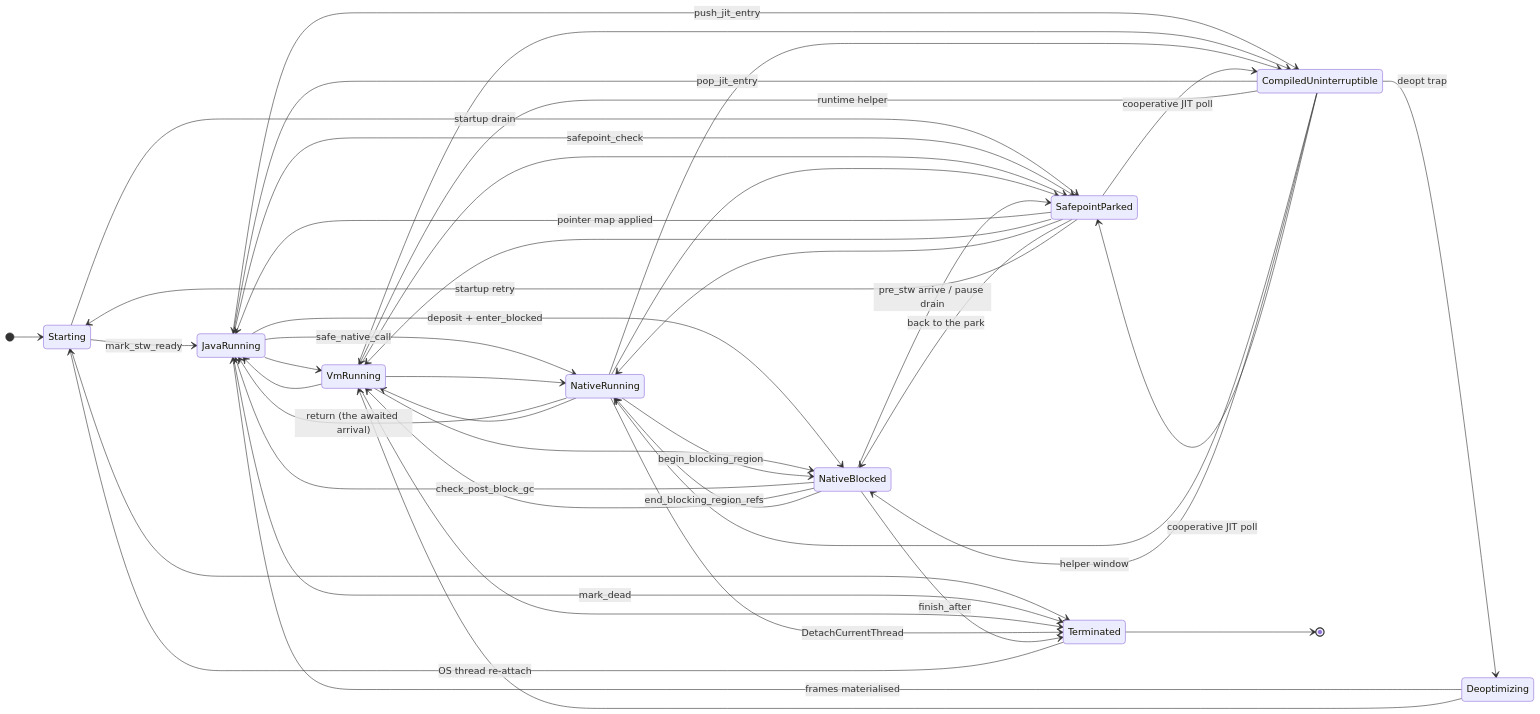
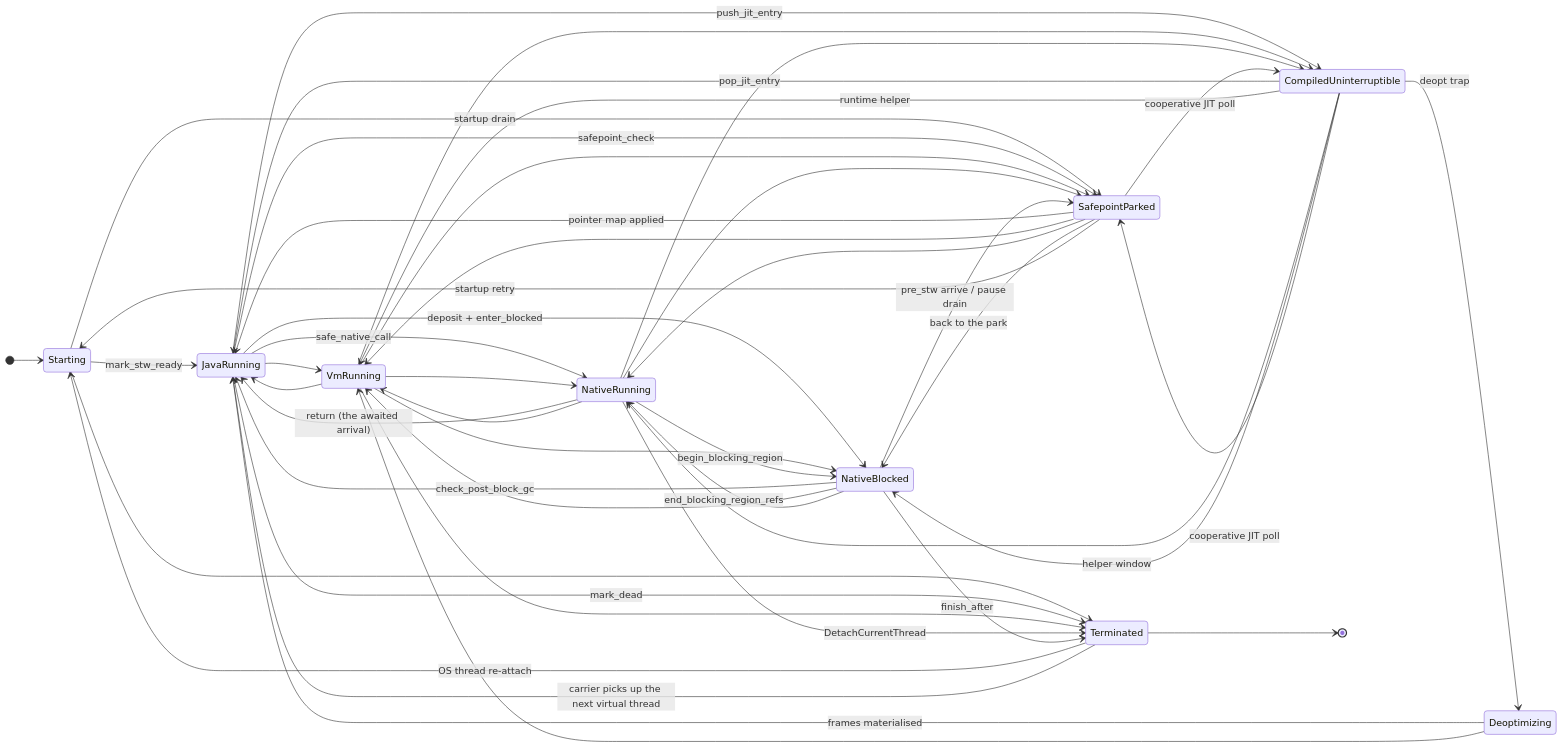
One commit to craton-co/CratonVM changed the diagram in docs/threading/thread-transition-states.md. Above: the diagram before and after it, drawn with Mermaid. The commit also changed other lines of this file and 13 other files, not shown here.

````diff
--- a/docs/threading/thread-transition-states.md
+++ b/docs/threading/thread-transition-states.md
@@ -87,56 +87,57 @@
 ```mermaid
 stateDiagram-v2
     direction LR
     [*] --> Starting
 
     Starting --> JavaRunning: mark_stw_ready
     Starting --> SafepointParked: startup drain
     Starting --> Terminated
 
     JavaRunning --> VmRunning
     JavaRunning --> NativeRunning: safe_native_call
     JavaRunning --> NativeBlocked: deposit + enter_blocked
     JavaRunning --> SafepointParked: safepoint_check
     JavaRunning --> CompiledUninterruptible: push_jit_entry
     JavaRunning --> Terminated: mark_dead
 
     VmRunning --> JavaRunning
     VmRunning --> NativeRunning
     VmRunning --> NativeBlocked
     VmRunning --> SafepointParked
     VmRunning --> CompiledUninterruptible
     VmRunning --> Terminated
 
     NativeRunning --> JavaRunning: return (the awaited arrival)
     NativeRunning --> VmRunning
     NativeRunning --> NativeBlocked: begin_blocking_region
     NativeRunning --> SafepointParked
     NativeRunning --> CompiledUninterruptible
     NativeRunning --> Terminated: DetachCurrentThread
 
     NativeBlocked --> JavaRunning: check_post_block_gc
     NativeBlocked --> VmRunning
     NativeBlocked --> NativeRunning: end_blocking_region_refs
     NativeBlocked --> SafepointParked: pre_stw arrive / pause drain
     NativeBlocked --> Terminated: finish_after
 
     SafepointParked --> JavaRunning: pointer map applied
     SafepointParked --> VmRunning
     SafepointParked --> NativeRunning
     SafepointParked --> NativeBlocked: back to the park
     SafepointParked --> Starting: startup retry
     SafepointParked --> CompiledUninterruptible: cooperative JIT poll
 
     CompiledUninterruptible --> JavaRunning: pop_jit_entry
     CompiledUninterruptible --> VmRunning: runtime helper
     CompiledUninterruptible --> NativeRunning
     CompiledUninterruptible --> NativeBlocked: helper window
     CompiledUninterruptible --> SafepointParked: cooperative JIT poll
     CompiledUninterruptible --> Deoptimizing: deopt trap
 
     Deoptimizing --> JavaRunning: frames materialised
     Deoptimizing --> VmRunning
 
     Terminated --> Starting: OS thread re-attach
+    Terminated --> JavaRunning: carrier picks up the next virtual thread
     Terminated --> [*]
 ```
````
